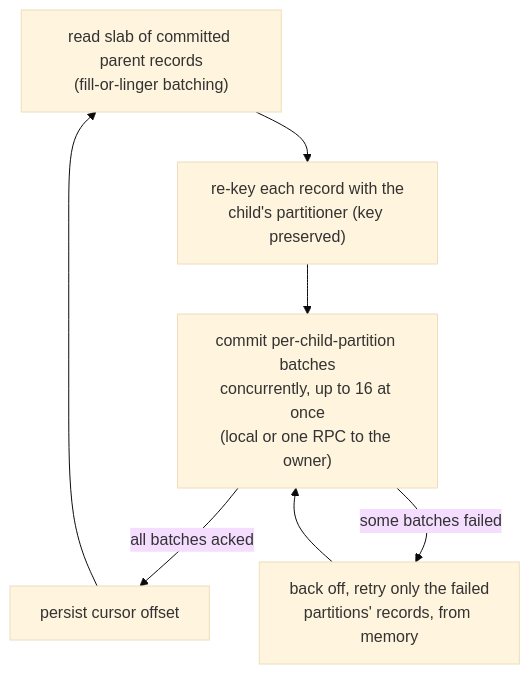
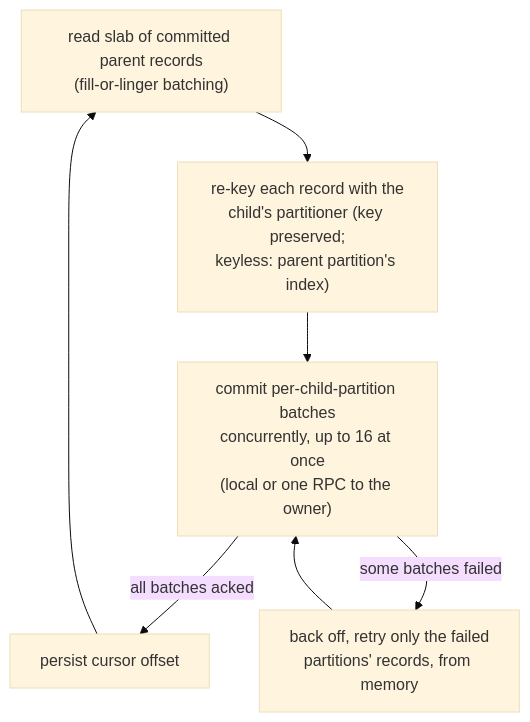
One commit to DebanganThakuria/narad changed the second of 3 diagrams in docs/internals/fanout-engine.md. Above: the diagram before and after it, drawn with Mermaid (base theme). The commit also changed other lines of this file and 11 other files, not shown here.

````diff
--- a/docs/internals/fanout-engine.md
+++ b/docs/internals/fanout-engine.md
@@ -25,8 +25,8 @@
 ```mermaid
 flowchart TD
-    READ["read slab of committed parent records<br/>(fill-or-linger batching)"] --> REKEY["re-key each record with the<br/>child's partitioner (key preserved)"]
+    READ["read slab of committed parent records<br/>(fill-or-linger batching)"] --> REKEY["re-key each record with the<br/>child's partitioner (key preserved;<br/>keyless: parent partition's index)"]
     REKEY --> COMMIT["commit per-child-partition batches<br/>concurrently, up to 16 at once<br/>(local or one RPC to the owner)"]
     COMMIT -->|all batches acked| PERSIST["persist cursor offset"]
     PERSIST --> READ
     COMMIT -->|some batches failed| RETRY["back off, retry only the failed<br/>partitions' records, from memory"] --> COMMIT
 ```
````
